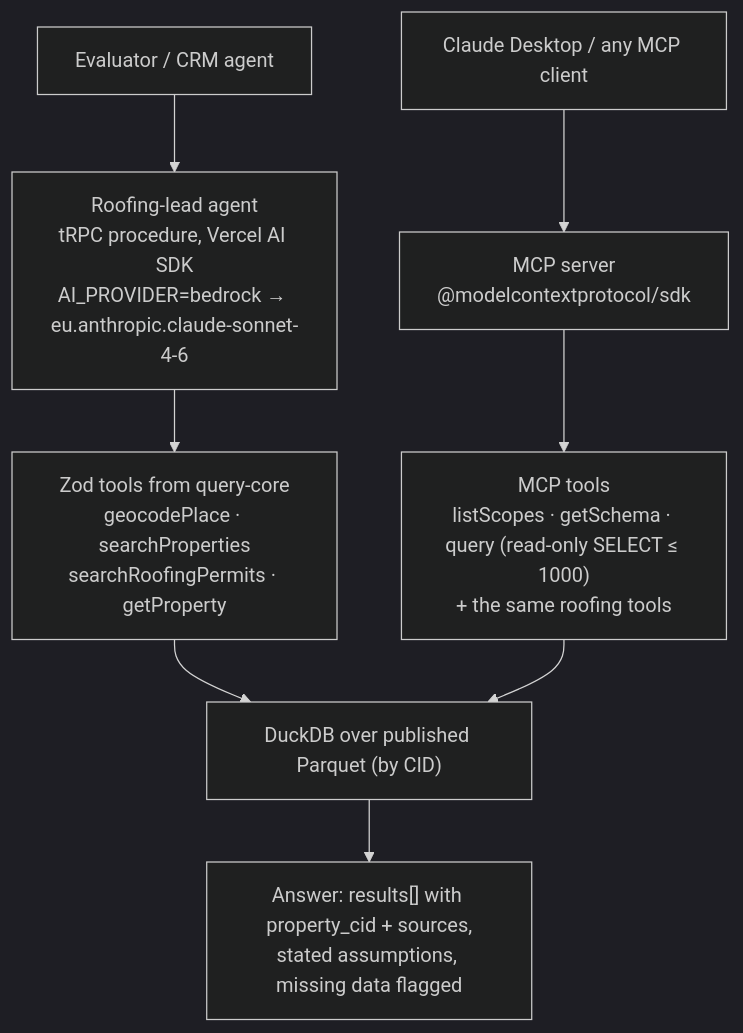
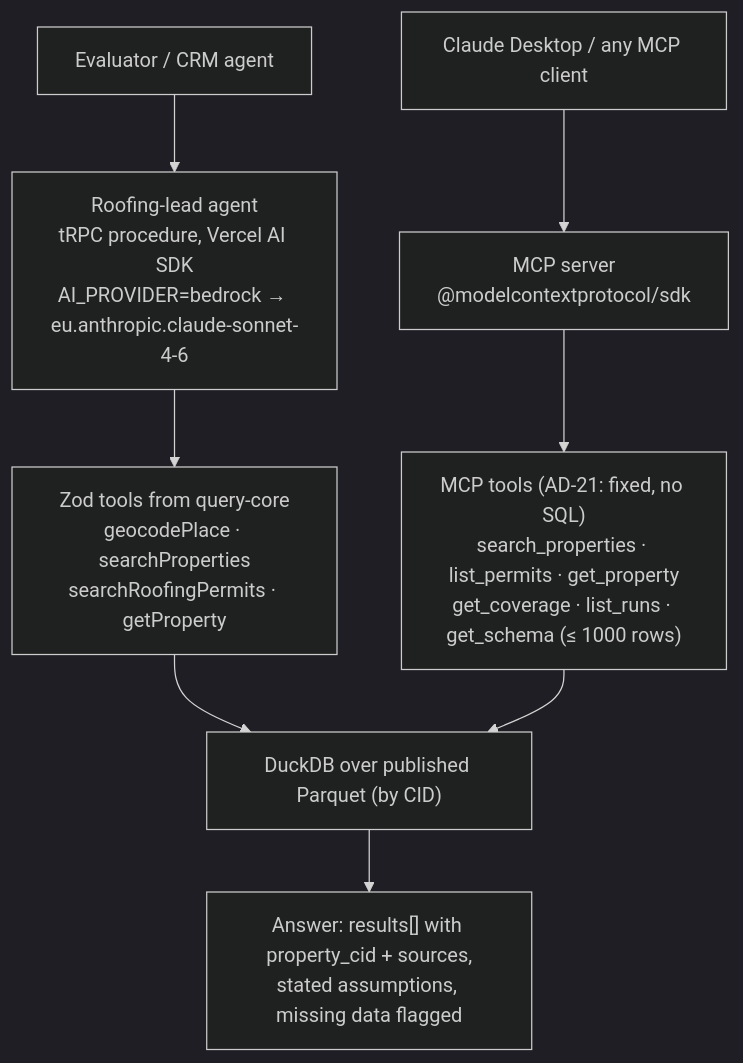
One commit to HebaGaber/oracle-property-intelligence-platform-pipeline-travis-tx changed the second of 4 diagrams in docs/plan.md. Above: the diagram before and after it, drawn with Mermaid (dark theme). The commit also changed other lines of this file and 9 other files, not shown here.

First line of the commit message:
docs: G2 and G3 approved; architecture constitution ARD-A v0.2; constitution 3.0.3

````diff
--- a/docs/plan.md
+++ b/docs/plan.md
@@ -123,10 +123,10 @@
 ```mermaid
 flowchart TB
   U["Evaluator / CRM agent"] --> AG["Roofing-lead agent<br/>tRPC procedure, Vercel AI SDK<br/>AI_PROVIDER=bedrock → eu.anthropic.claude-sonnet-4-6"]
   U2["Claude Desktop / any MCP client"] --> MS["MCP server<br/>@modelcontextprotocol/sdk"]
   AG --> T["Zod tools from query-core<br/>geocodePlace · searchProperties<br/>searchRoofingPermits · getProperty"]
-  MS --> T2["MCP tools<br/>listScopes · getSchema · query (read-only SELECT ≤ 1000)<br/>+ the same roofing tools"]
+  MS --> T2["MCP tools (AD-21: fixed, no SQL)<br/>search_properties · list_permits · get_property<br/>get_coverage · list_runs · get_schema (≤ 1000 rows)"]
   T --> DQ["DuckDB over published Parquet (by CID)"]
   T2 --> DQ
   DQ --> EV["Answer: results[] with property_cid + sources,<br/>stated assumptions, missing data flagged"]
 ```
````
